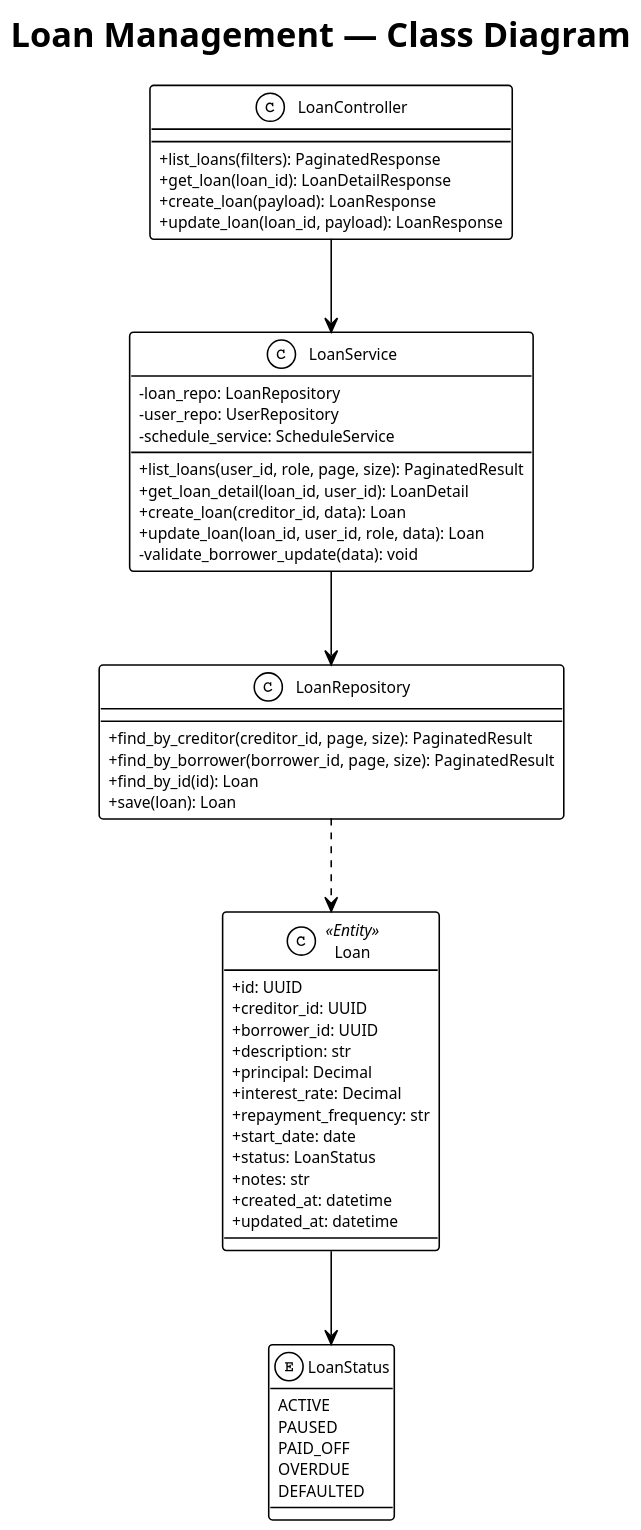
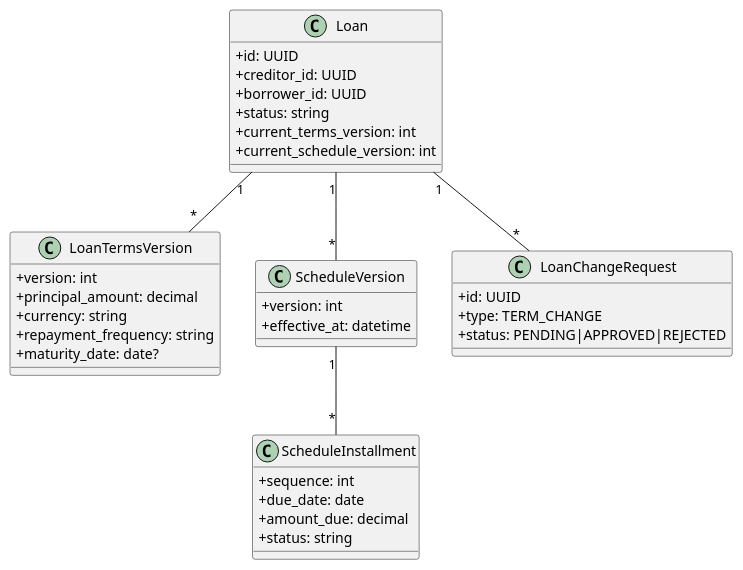
Before and after one commit to QuinntyneBrown/LendQ: the diagram in docs/detailed-designs/diagrams/plantuml/class_loan.puml, drawn with PlantUML. The commit also changed 104 other files, not shown here.

```diff
--- a/docs/detailed-designs/diagrams/plantuml/class_loan.puml
+++ b/docs/detailed-designs/diagrams/plantuml/class_loan.puml
@@ -1,61 +1,37 @@
-@startuml class_loan
-!theme plain
-skinparam dpi 150
-skinparam defaultFontSize 10
+@startuml
 skinparam classAttributeIconSize 0
-
-title Loan Management — Class Diagram
-
-class LoanController {
-  +list_loans(filters): PaginatedResponse
-  +get_loan(loan_id): LoanDetailResponse
-  +create_loan(payload): LoanResponse
-  +update_loan(loan_id, payload): LoanResponse
-}
-
-class LoanService {
-  -loan_repo: LoanRepository
-  -user_repo: UserRepository
-  -schedule_service: ScheduleService
-  +list_loans(user_id, role, page, size): PaginatedResult
-  +get_loan_detail(loan_id, user_id): LoanDetail
-  +create_loan(creditor_id, data): Loan
-  +update_loan(loan_id, user_id, role, data): Loan
-  -validate_borrower_update(data): void
-}
-
-class Loan <<Entity>> {
+class Loan {
   +id: UUID
   +creditor_id: UUID
   +borrower_id: UUID
-  +description: str
-  +principal: Decimal
-  +interest_rate: Decimal
-  +repayment_frequency: str
-  +start_date: date
-  +status: LoanStatus
-  +notes: str
-  +created_at: datetime
-  +updated_at: datetime
+  +status: string
+  +current_terms_version: int
+  +current_schedule_version: int
 }
-
-enum LoanStatus {
-  ACTIVE
-  PAUSED
-  PAID_OFF
-  OVERDUE
-  DEFAULTED
+class LoanTermsVersion {
+  +version: int
+  +principal_amount: decimal
+  +currency: string
+  +repayment_frequency: string
+  +maturity_date: date?
 }
-
-class LoanRepository {
-  +find_by_creditor(creditor_id, page, size): PaginatedResult
-  +find_by_borrower(borrower_id, page, size): PaginatedResult
-  +find_by_id(id): Loan
-  +save(loan): Loan
+class ScheduleVersion {
+  +version: int
+  +effective_at: datetime
 }
-
-LoanController --> LoanService
-LoanService --> LoanRepository
-LoanRepository ..> Loan
-Loan --> LoanStatus
+class ScheduleInstallment {
+  +sequence: int
+  +due_date: date
+  +amount_due: decimal
+  +status: string
+}
+class LoanChangeRequest {
+  +id: UUID
+  +type: TERM_CHANGE
+  +status: PENDING|APPROVED|REJECTED
+}
+Loan "1" -- "*" LoanTermsVersion
+Loan "1" -- "*" ScheduleVersion
+ScheduleVersion "1" -- "*" ScheduleInstallment
+Loan "1" -- "*" LoanChangeRequest
 @enduml
```
